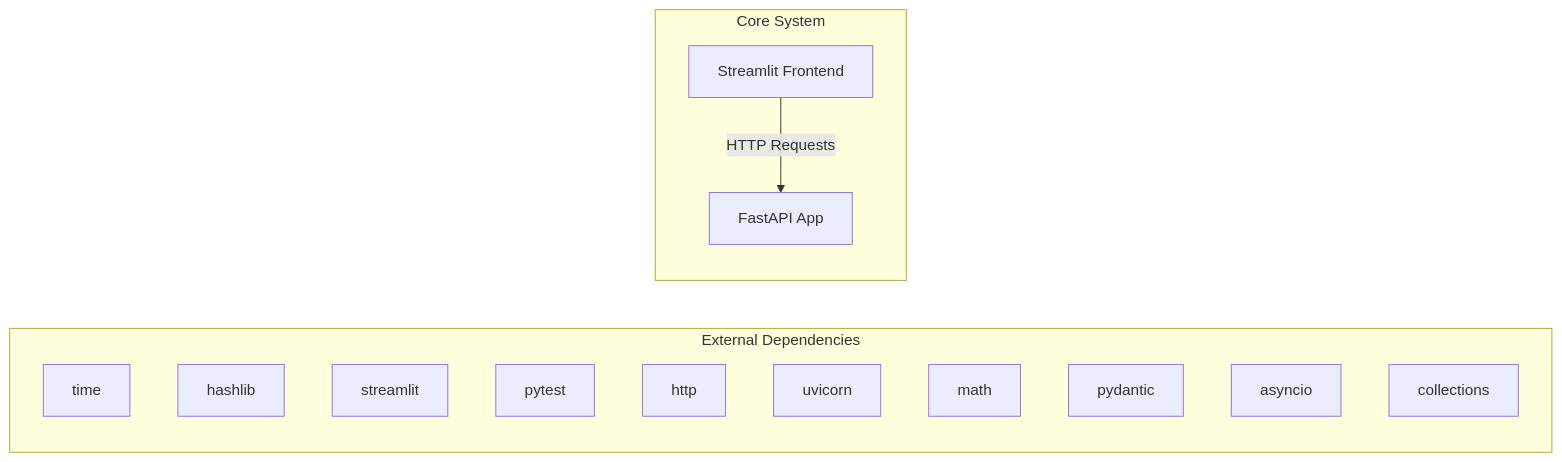
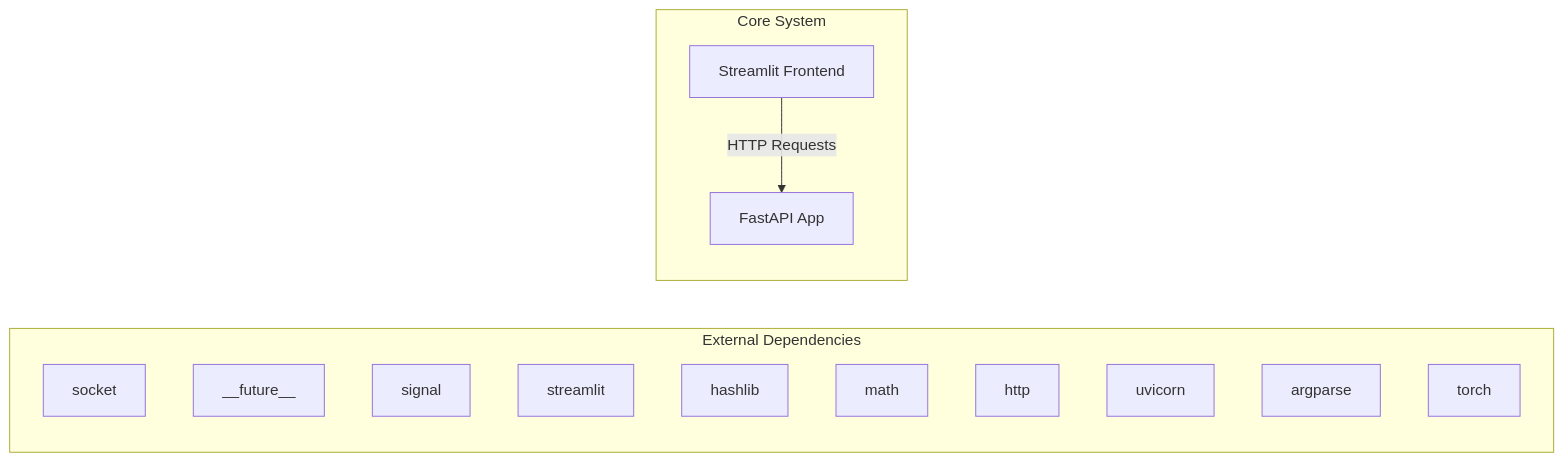
Before and after one commit to NITISH-R-G/rag-context-optimizer: the first of 2 diagrams in docs/architecture.md, drawn with Mermaid. The commit also changed 1 other file, not shown here.

Commit message:
docs: auto-update repository knowledge, architecture diagrams, and documentation

````diff
--- a/docs/architecture.md
+++ b/docs/architecture.md
@@ -7,20 +7,20 @@
 ```mermaid
 graph LR
     subgraph External Dependencies
-        E0["time"]
-        E1["hashlib"]
-        E2["streamlit"]
-        E3["pytest"]
-        E4["http"]
-        E5["uvicorn"]
-        E6["math"]
-        E7["pydantic"]
-        E8["asyncio"]
-        E9["collections"]
+        E0["socket"]
+        E1["__future__"]
+        E2["signal"]
+        E3["streamlit"]
+        E4["hashlib"]
+        E5["math"]
+        E6["http"]
+        E7["uvicorn"]
+        E8["argparse"]
+        E9["torch"]
     end
     subgraph Core System
         API["FastAPI App"]
         UI["Streamlit Frontend"]
     end
     UI -->|HTTP Requests| API
 ```
````
